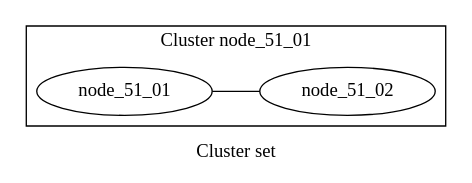
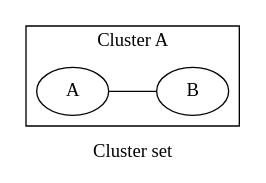
One commit to graphviz-perl/GraphViz2-Marpa-PathUtils changed the diagram in data/11.clusters.out.gv. Above: the diagram before and after it, drawn with Graphviz. The commit also changed 36 other files, not shown here.

```diff
--- a/data/11.clusters.out.gv
+++ b/data/11.clusters.out.gv
@@ -1,13 +1,13 @@
 graph Perl
 {
 graph [ label="Cluster set" rankdir="LR" ]
 
-subgraph "cluster node_51_01"
+subgraph "cluster A"
 {
-graph [ label="Cluster node_51_01" rankdir="LR" ]
+graph [ label="Cluster A" rankdir="LR" ]
 
-"node_51_01"
-"node_51_02"
-"node_51_01" -- "node_51_02" [ label="" ]
+"A"
+"B"
+"A" -- "B" [ label="" ]
 }
 }
```
